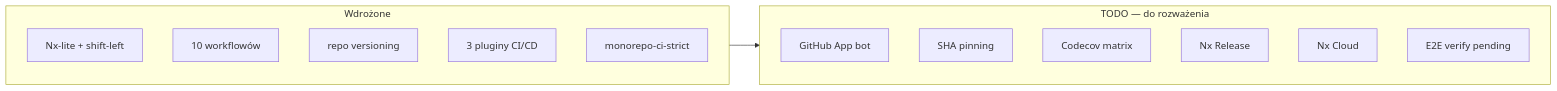
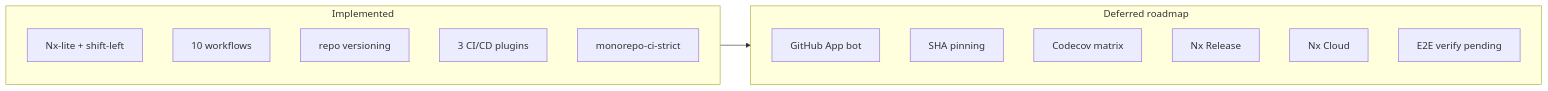
One commit to kacperpaczos/Awesome-Pushup-Standards changed the fifth of 5 diagrams in apps/docs/src/content/docs/project/monorepo-ci.md. Above: the diagram before and after it, drawn with Mermaid. The commit also changed other lines of this file and 1 other file, not shown here.

````diff
--- a/apps/docs/src/content/docs/project/monorepo-ci.md
+++ b/apps/docs/src/content/docs/project/monorepo-ci.md
@@ -248,21 +249,21 @@
 ```mermaid
 flowchart LR
-  subgraph now [Wdrożone]
+  subgraph now [Implemented]
     N1[Nx-lite + shift-left]
-    N2[10 workflowów]
+    N2[10 workflows]
     N3[repo versioning]
-    N4[3 pluginy CI/CD]
+    N4[3 CI/CD plugins]
     N5[monorepo-ci-strict]
   end
 
-  subgraph todo [TODO — do rozważenia]
+  subgraph todo [Deferred roadmap]
     T1[GitHub App bot]
     T2[SHA pinning]
     T3[Codecov matrix]
     T4[Nx Release]
     T5[Nx Cloud]
     T6[E2E verify pending]
   end
 
   now --> todo
 ```
````
